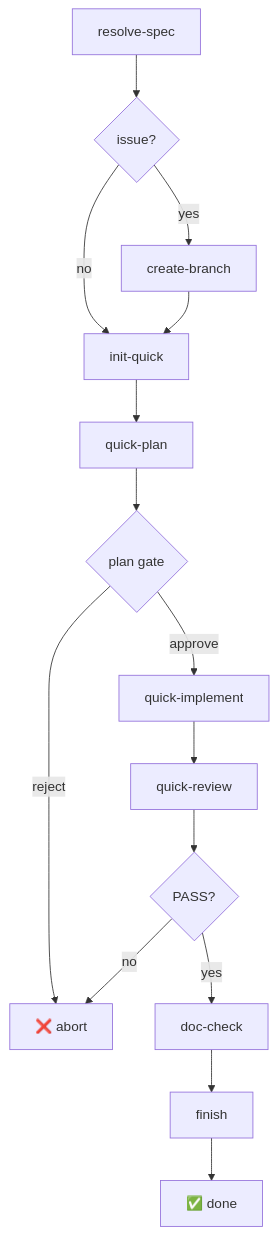
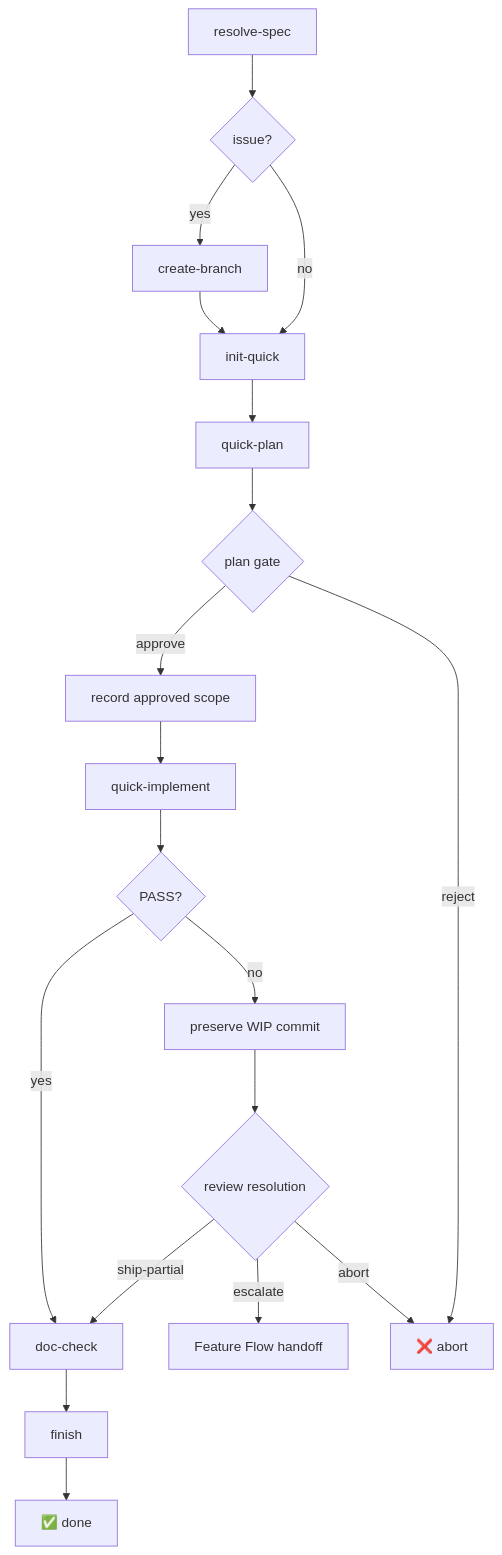
Before and after one commit to markuswondrak/spec-kit-extended-flow: the third of 3 diagrams in docs/flows.md, drawn with Mermaid. The commit also changed other lines of this file and 19 other files, not shown here.

Commit message:
fix: resolve Quick Flow review failures (#20)

````diff
--- a/docs/flows.md
+++ b/docs/flows.md
@@ -90,17 +90,21 @@
 ```mermaid
 flowchart TD
     A[resolve-spec] --> B{issue?}
     B -->|yes| C[create-branch]
     B -->|no| D[init-quick]
     C --> D
     D --> E[quick-plan]
     E --> F{plan gate}
-    F -->|approve| G[quick-implement]
+    F -->|approve| G[record approved scope]
     F -->|reject| H[❌ abort]
-    G --> I[quick-review]
+    G --> I[quick-implement]
     I --> J{PASS?}
     J -->|yes| K[doc-check]
-    J -->|no| H
+    J -->|no| N[preserve WIP commit]
+    N --> O{review resolution}
+    O -->|ship-partial| K
+    O -->|escalate| P[Feature Flow handoff]
+    O -->|abort| H
     K --> L[finish]
     L --> M[✅ done]
 ```
````
